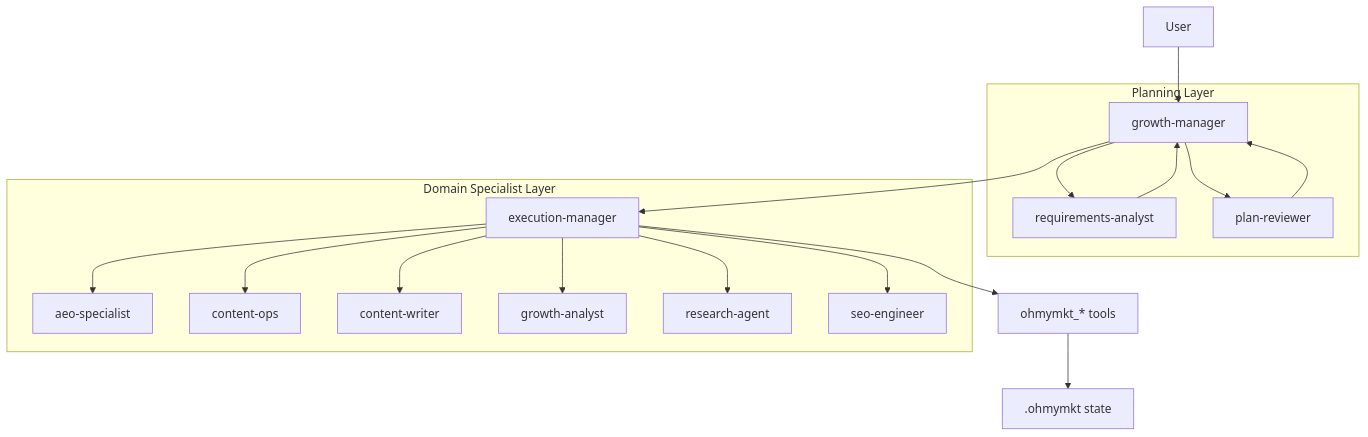
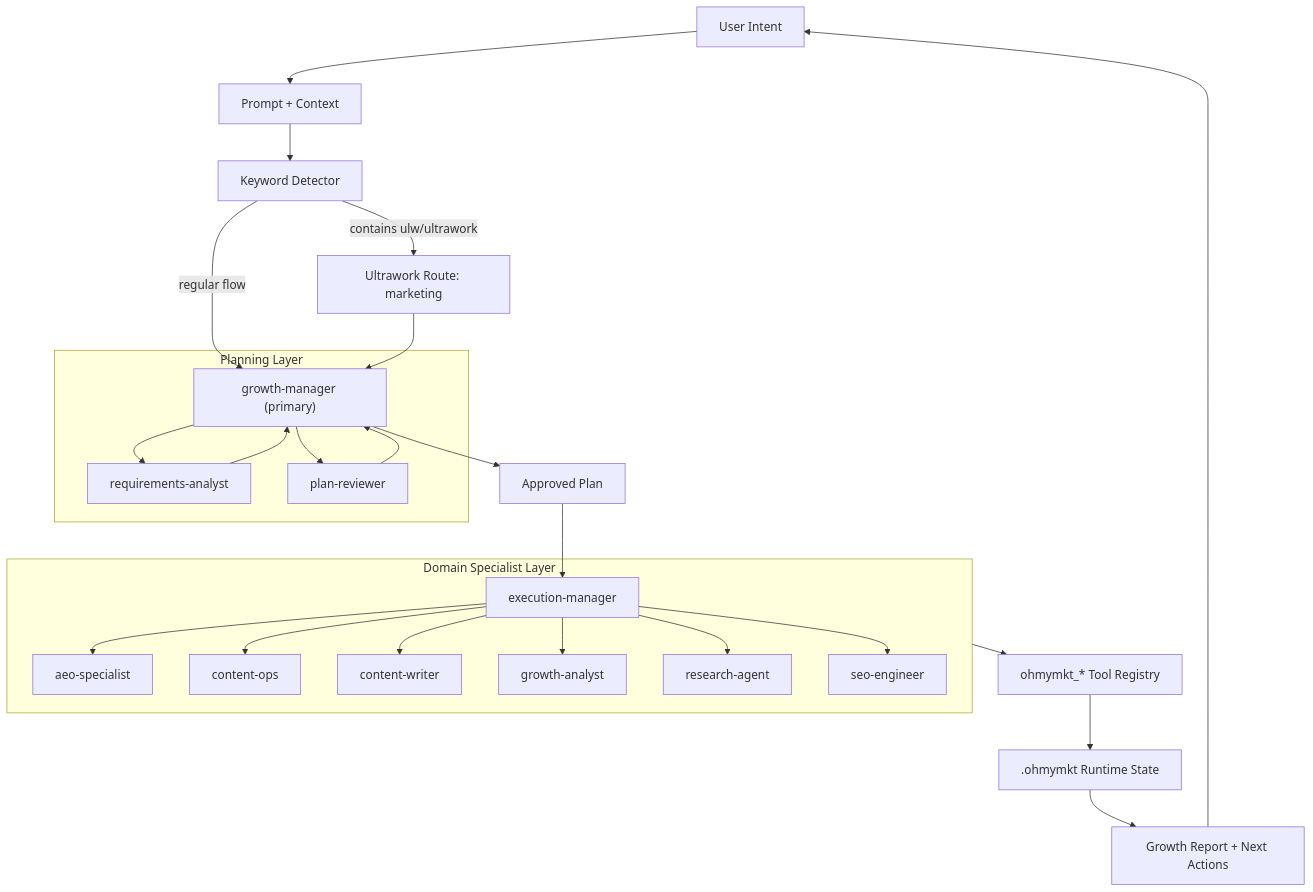
The first of 5 diagrams in docs/guide/overview.md (bravohenry/ohmymkt), drawn with Mermaid before and after one commit. The commit also changed other lines of this file and 4 other files, not shown here.

Commit message:
docs(architecture): deepen marketing docs with high-fidelity mermaid runbooks

````diff
--- a/docs/guide/overview.md
+++ b/docs/guide/overview.md
@@ -22,25 +22,32 @@
 ```mermaid
 flowchart TB
-    U["User"] --> GM["growth-manager"]
+    U["User Intent"] --> IN["Prompt + Context"]
+    IN --> KD["Keyword Detector"]
+    KD -->|contains ulw/ultrawork| UW["Ultrawork Route: marketing"]
+    KD -->|regular flow| GM["growth-manager (primary)"]
+    UW --> GM
 
-    subgraph P["Planning Layer"]
+    subgraph PL["Planning Layer"]
       GM --> RA["requirements-analyst"]
       GM --> PR["plan-reviewer"]
       RA --> GM
       PR --> GM
     end
 
-    GM --> EM["execution-manager"]
+    GM --> AP["Approved Plan"]
+    AP --> EM["execution-manager"]
 
-    subgraph D["Domain Specialist Layer"]
+    subgraph DSL["Domain Specialist Layer"]
       EM --> AEO["aeo-specialist"]
       EM --> CO["content-ops"]
       EM --> CW["content-writer"]
       EM --> GA["growth-analyst"]
       EM --> RE["research-agent"]
       EM --> SEO["seo-engineer"]
     end
 
-    EM --> T["ohmymkt_* tools"]
-    T --> S[".ohmymkt state"]
+    DSL --> TOOLS["ohmymkt_* Tool Registry"]
+    TOOLS --> RT[".ohmymkt Runtime State"]
+    RT --> REP["Growth Report + Next Actions"]
+    REP --> U
 ```
````
